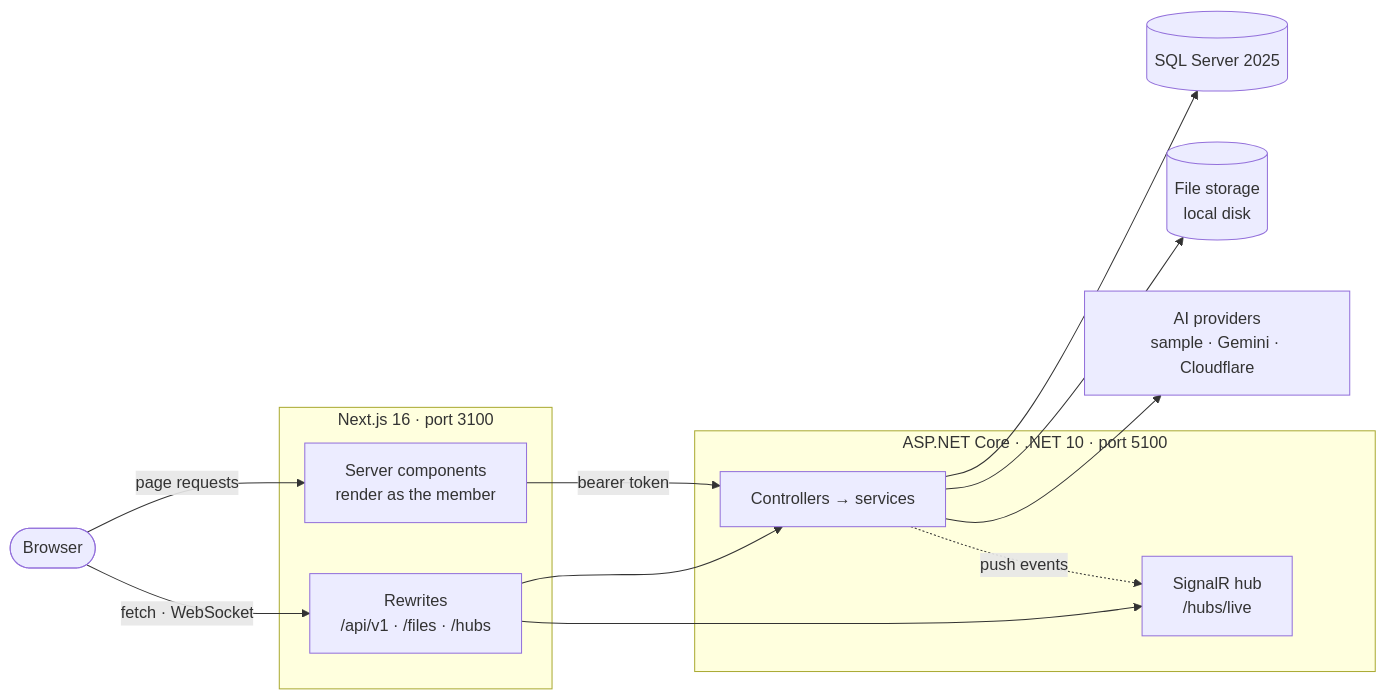
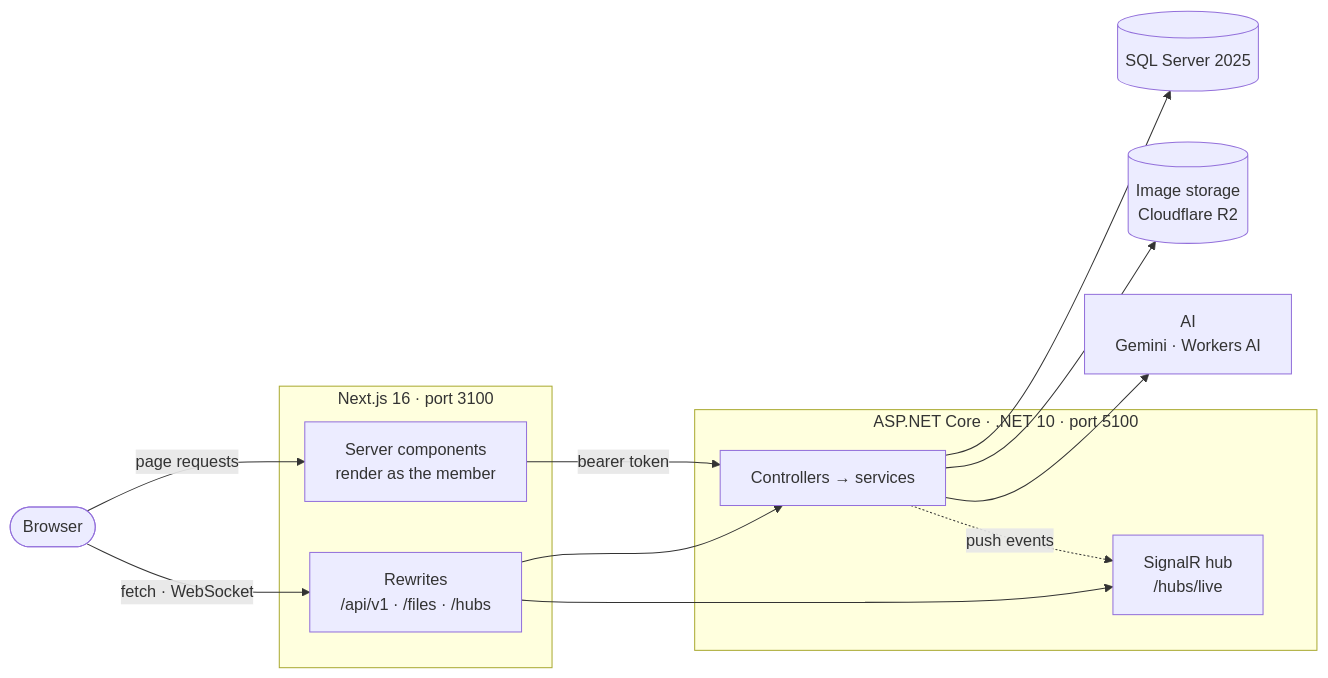
Before and after one commit to tomyRomero/sparks: the diagram in README.md, drawn with Mermaid. The commit also changed other lines of this file, not shown here.

First line of the commit message:
docs: describe image storage in R2 in the README

````diff
--- a/README.md
+++ b/README.md
@@ -21,28 +21,28 @@
 ```mermaid
 flowchart LR
     browser([Browser])
 
     subgraph web["Next.js 16 · port 3100"]
         pages["Server components<br/>render as the member"]
         rewrites["Rewrites<br/>/api/v1 · /files · /hubs"]
     end
 
     subgraph api["ASP.NET Core · .NET 10 · port 5100"]
         controllers["Controllers → services"]
         hub["SignalR hub<br/>/hubs/live"]
     end
 
     sql[("SQL Server 2025")]
-    storage[("File storage<br/>local disk")]
-    ai["AI providers<br/>sample · Gemini · Cloudflare"]
+    storage[("Image storage<br/>Cloudflare R2")]
+    ai["AI<br/>Gemini · Workers AI"]
 
     browser -->|page requests| pages
     browser -->|fetch · WebSocket| rewrites
     pages -->|bearer token| controllers
     rewrites --> controllers
     rewrites --> hub
     controllers --> sql
     controllers --> storage
     controllers --> ai
     controllers -.->|push events| hub
 ```
````
